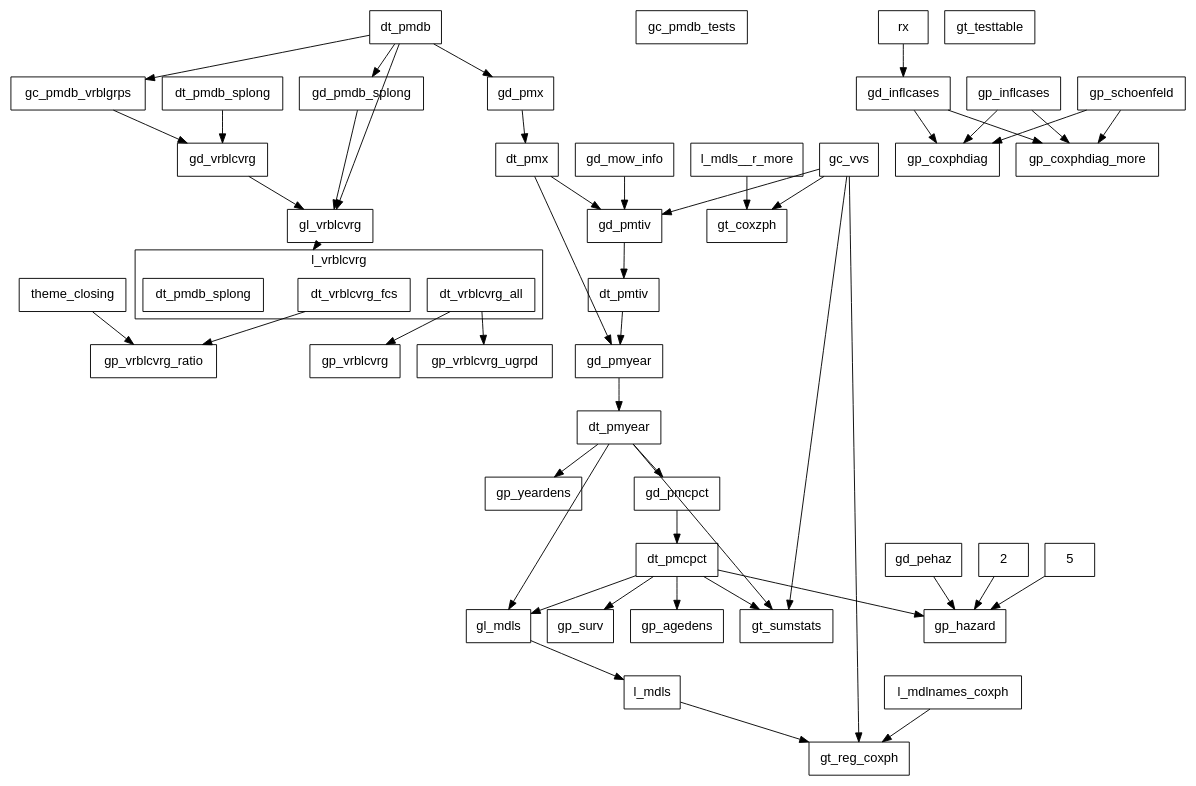
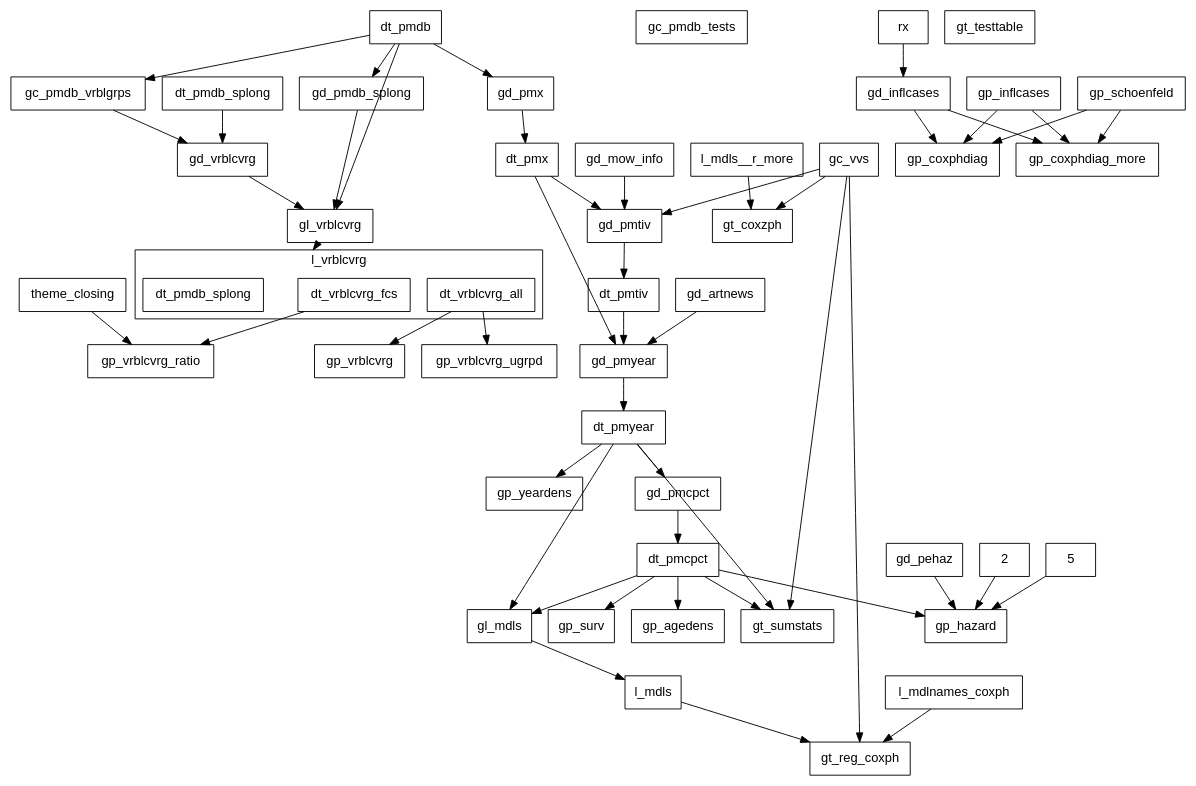
The diagram in misc/callgraph2.dot (swhalemwo/pm_closing), drawn with Graphviz before and after one commit. The commit also changed 3 other files, not shown here.

```diff
--- a/misc/callgraph2.dot
+++ b/misc/callgraph2.dot
@@ -1,103 +1,105 @@
 digraph D {
  compound = true;
  splines = false; fontname=helvetica;
  node [shape=box, fontsize = 14, fontname=helvetica];
  edge [style = solid];
  
  subgraph cluster_l_vrblcvrg {
  label = "l_vrblcvrg";
  l_vrblcvrg__dt_vrblcvrg_all [label=dt_vrblcvrg_all]; 
 l_vrblcvrg__dt_vrblcvrg_fcs [label=dt_vrblcvrg_fcs]; 
 l_vrblcvrg [label = "", color=transparent, width=0, height=0]; 
 l_vrblcvrg__dt_pmdb_splong [label=dt_pmdb_splong] 
 } 
  gc_pmdb_tests; 
 gc_pmdb_vrblgrps; 
 gc_vvs; 
+gd_artnews; 
 gd_inflcases; 
 gd_mow_info; 
 gd_pehaz; 
 gd_pmcpct; 
 gd_pmdb_splong; 
 gd_pmtiv; 
 gd_pmx; 
 gd_pmyear; 
 gd_vrblcvrg; 
 gl_mdls; 
 gl_vrblcvrg; 
 gp_agedens; 
 gp_coxphdiag; 
 gp_coxphdiag_more; 
 gp_hazard; 
 gp_inflcases; 
 gp_schoenfeld; 
 gp_surv; 
 gp_vrblcvrg; 
 gp_vrblcvrg_ratio; 
 gp_vrblcvrg_ugrpd; 
 gp_yeardens; 
 gt_coxzph; 
 gt_reg_coxph; 
 gt_sumstats; 
 gt_testtable; 
 theme_closing; 
 dt_pmdb; 
 dt_pmdb_splong; 
 dt_pmx; 
 dt_pmtiv; 
 dt_pmyear; 
 dt_pmcpct; 
 2; 
 5; 
 rx; 
 l_mdls__r_more; 
 l_mdls; 
 l_mdlnames_coxph 
  2 -> gp_hazard; 
 5 -> gp_hazard; 
 dt_pmcpct -> gl_mdls; 
 dt_pmcpct -> gp_agedens; 
 dt_pmcpct -> gp_hazard; 
 dt_pmcpct -> gp_surv; 
 dt_pmcpct -> gt_sumstats; 
 dt_pmdb -> gc_pmdb_vrblgrps; 
 dt_pmdb -> gd_pmdb_splong; 
 dt_pmdb -> gd_pmx; 
 dt_pmdb -> gl_vrblcvrg; 
 dt_pmdb_splong -> gd_vrblcvrg; 
 dt_pmtiv -> gd_pmyear; 
 dt_pmx -> gd_pmtiv; 
 dt_pmx -> gd_pmyear; 
 dt_pmyear -> gd_pmcpct; 
 dt_pmyear -> gl_mdls; 
 dt_pmyear -> gp_yeardens; 
 dt_pmyear -> gt_sumstats; 
 gc_pmdb_vrblgrps -> gd_vrblcvrg; 
 gc_vvs -> gd_pmtiv; 
 gc_vvs -> gt_coxzph; 
 gc_vvs -> gt_reg_coxph; 
 gc_vvs -> gt_sumstats; 
+gd_artnews -> gd_pmyear; 
 gd_inflcases -> gp_coxphdiag; 
 gd_inflcases -> gp_coxphdiag_more; 
 gd_mow_info -> gd_pmtiv; 
 gd_pehaz -> gp_hazard; 
 gd_pmcpct -> dt_pmcpct; 
 gd_pmdb_splong -> gl_vrblcvrg; 
 gd_pmtiv -> dt_pmtiv; 
 gd_pmx -> dt_pmx; 
 gd_pmyear -> dt_pmyear; 
 gd_vrblcvrg -> gl_vrblcvrg; 
 gl_mdls -> l_mdls; 
 gl_vrblcvrg -> l_vrblcvrg[lhead=cluster_l_vrblcvrg,ltail=gl_vrblcvrg]; 
 gp_inflcases -> gp_coxphdiag; 
 gp_inflcases -> gp_coxphdiag_more; 
 gp_schoenfeld -> gp_coxphdiag; 
 gp_schoenfeld -> gp_coxphdiag_more; 
 l_mdlnames_coxph -> gt_reg_coxph; 
 l_mdls -> gt_reg_coxph; 
 l_mdls__r_more -> gt_coxzph; 
 l_vrblcvrg__dt_vrblcvrg_all -> gp_vrblcvrg; 
 l_vrblcvrg__dt_vrblcvrg_all -> gp_vrblcvrg_ugrpd; 
 l_vrblcvrg__dt_vrblcvrg_fcs -> gp_vrblcvrg_ratio; 
 rx -> gd_inflcases; 
 theme_closing -> gp_vrblcvrg_ratio }
```
